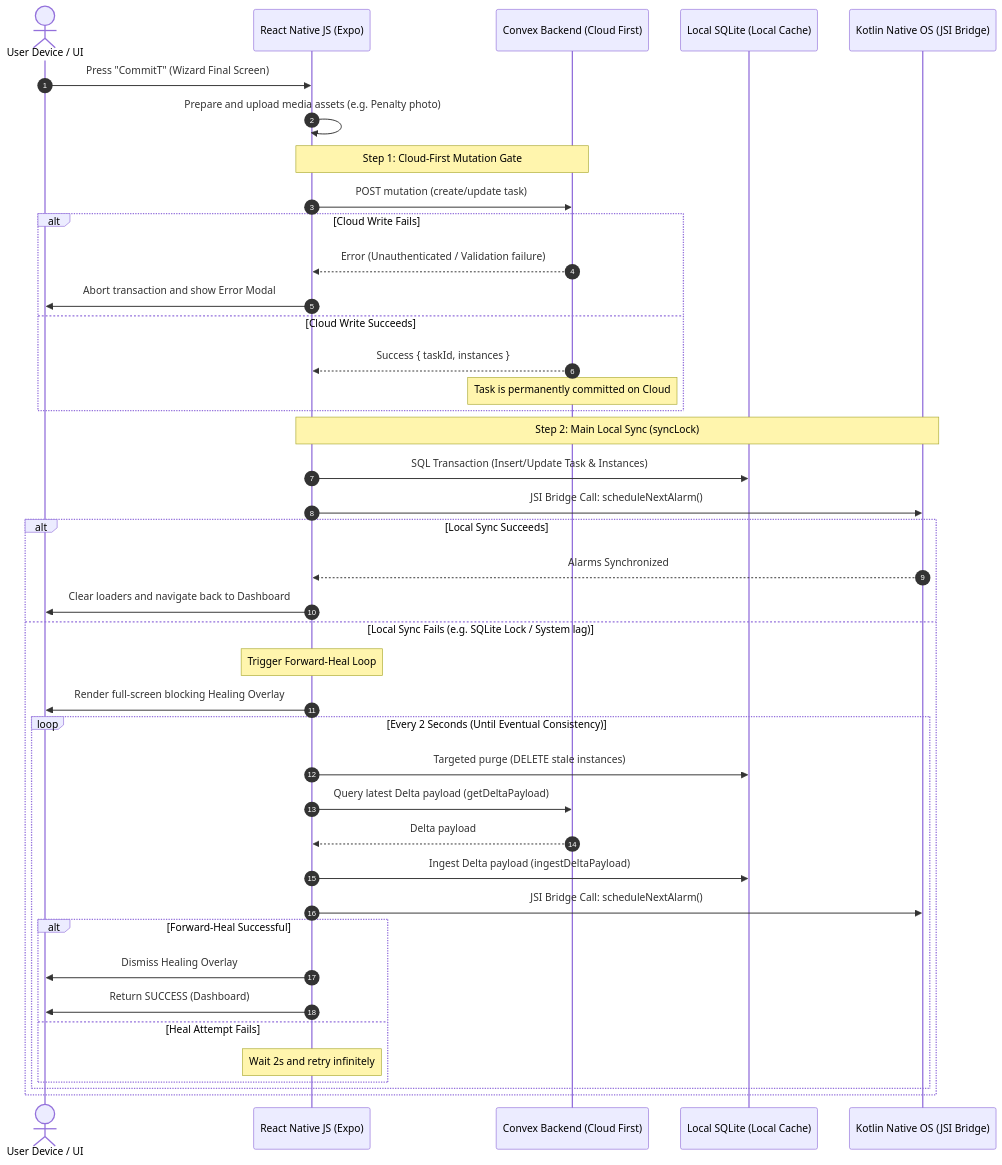
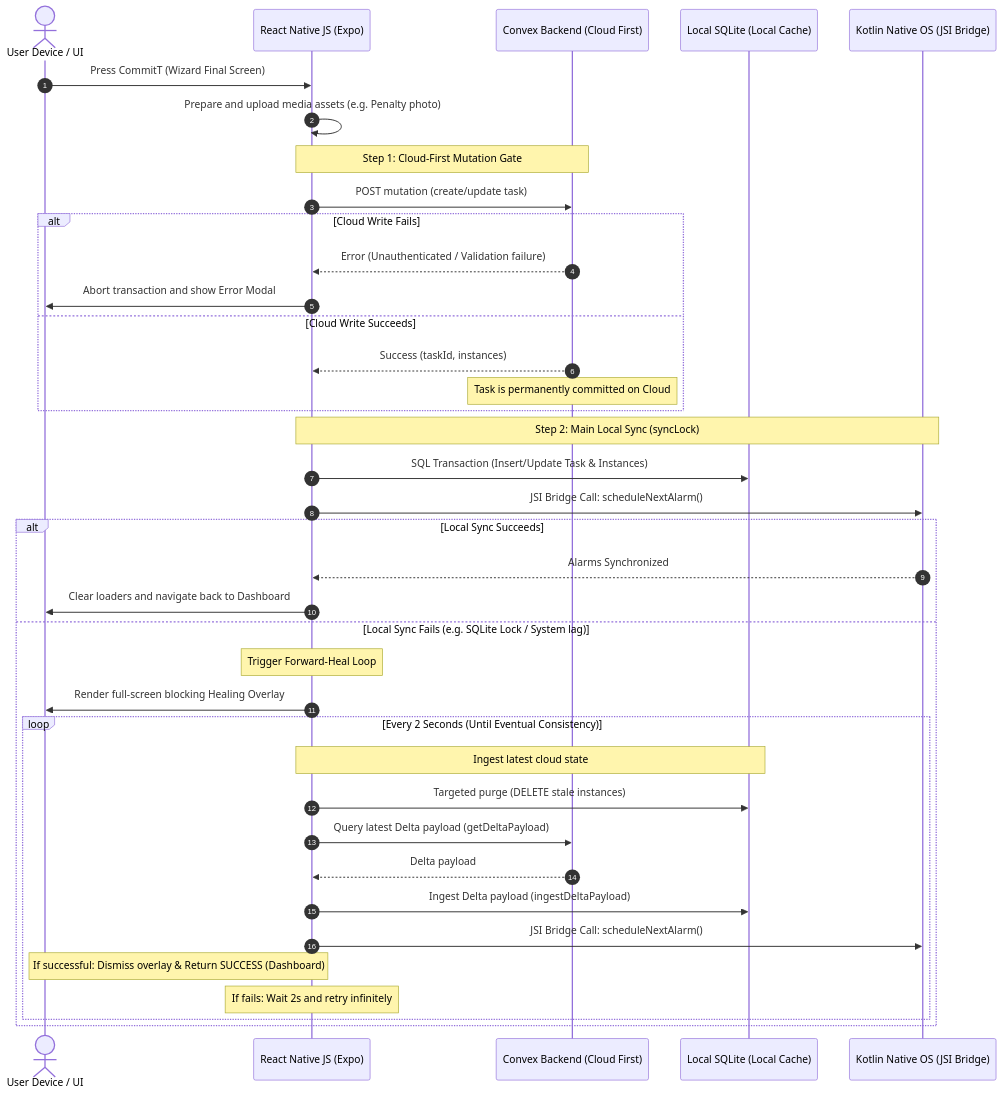
One commit to Maajith9127/CommitT changed the diagram in README.md. Above: the diagram before and after it, drawn with Mermaid.

Commit message:
feat(update): updated readme file

````diff
--- a/README.md
+++ b/README.md
@@ -42,48 +42,45 @@
 ```mermaid
 sequenceDiagram
     autonumber
     actor User as User Device / UI
     participant JS as React Native JS (Expo)
     participant Cloud as Convex Backend (Cloud First)
     participant SQL as Local SQLite (Local Cache)
     participant Kotlin as Kotlin Native OS (JSI Bridge)
 
-    User->>JS: Press "CommitT" (Wizard Final Screen)
+    User->>JS: Press CommitT (Wizard Final Screen)
     JS->>JS: Prepare and upload media assets (e.g. Penalty photo)
     
     Note over JS, Cloud: Step 1: Cloud-First Mutation Gate
     JS->>Cloud: POST mutation (create/update task)
     alt Cloud Write Fails
         Cloud-->>JS: Error (Unauthenticated / Validation failure)
         JS->>User: Abort transaction and show Error Modal
     else Cloud Write Succeeds
-        Cloud-->>JS: Success { taskId, instances }
+        Cloud-->>JS: Success (taskId, instances)
         Note over Cloud: Task is permanently committed on Cloud
     end
 
     Note over JS, Kotlin: Step 2: Main Local Sync (syncLock)
     JS->>SQL: SQL Transaction (Insert/Update Task & Instances)
     JS->>Kotlin: JSI Bridge Call: scheduleNextAlarm()
     
     alt Local Sync Succeeds
         Kotlin-->>JS: Alarms Synchronized
         JS->>User: Clear loaders and navigate back to Dashboard
     else Local Sync Fails (e.g. SQLite Lock / System lag)
         Note over JS: Trigger Forward-Heal Loop
         JS->>User: Render full-screen blocking Healing Overlay
         
         loop Every 2 Seconds (Until Eventual Consistency)
+            Note over JS, SQL: Ingest latest cloud state
             JS->>SQL: Targeted purge (DELETE stale instances)
             JS->>Cloud: Query latest Delta payload (getDeltaPayload)
             Cloud-->>JS: Delta payload
             JS->>SQL: Ingest Delta payload (ingestDeltaPayload)
             JS->>Kotlin: JSI Bridge Call: scheduleNextAlarm()
-            alt Forward-Heal Successful
-                JS->>User: Dismiss Healing Overlay
-                JS->>User: Return SUCCESS (Dashboard)
-            else Heal Attempt Fails
-                Note over JS: Wait 2s and retry infinitely
-            end
+            Note over JS, User: If successful: Dismiss overlay & Return SUCCESS (Dashboard)
+            Note over JS: If fails: Wait 2s and retry infinitely
         end
     end
 ```
````
